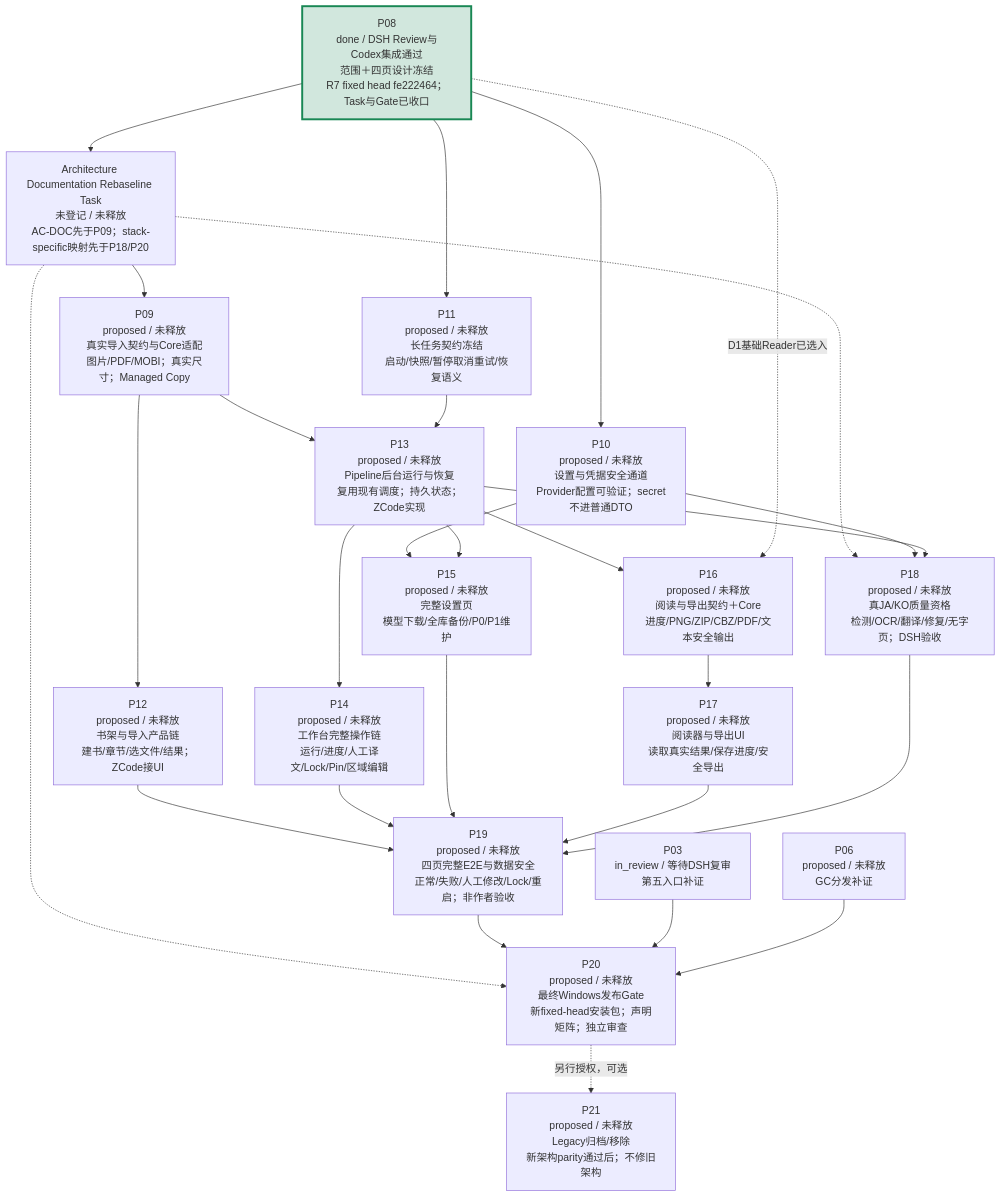
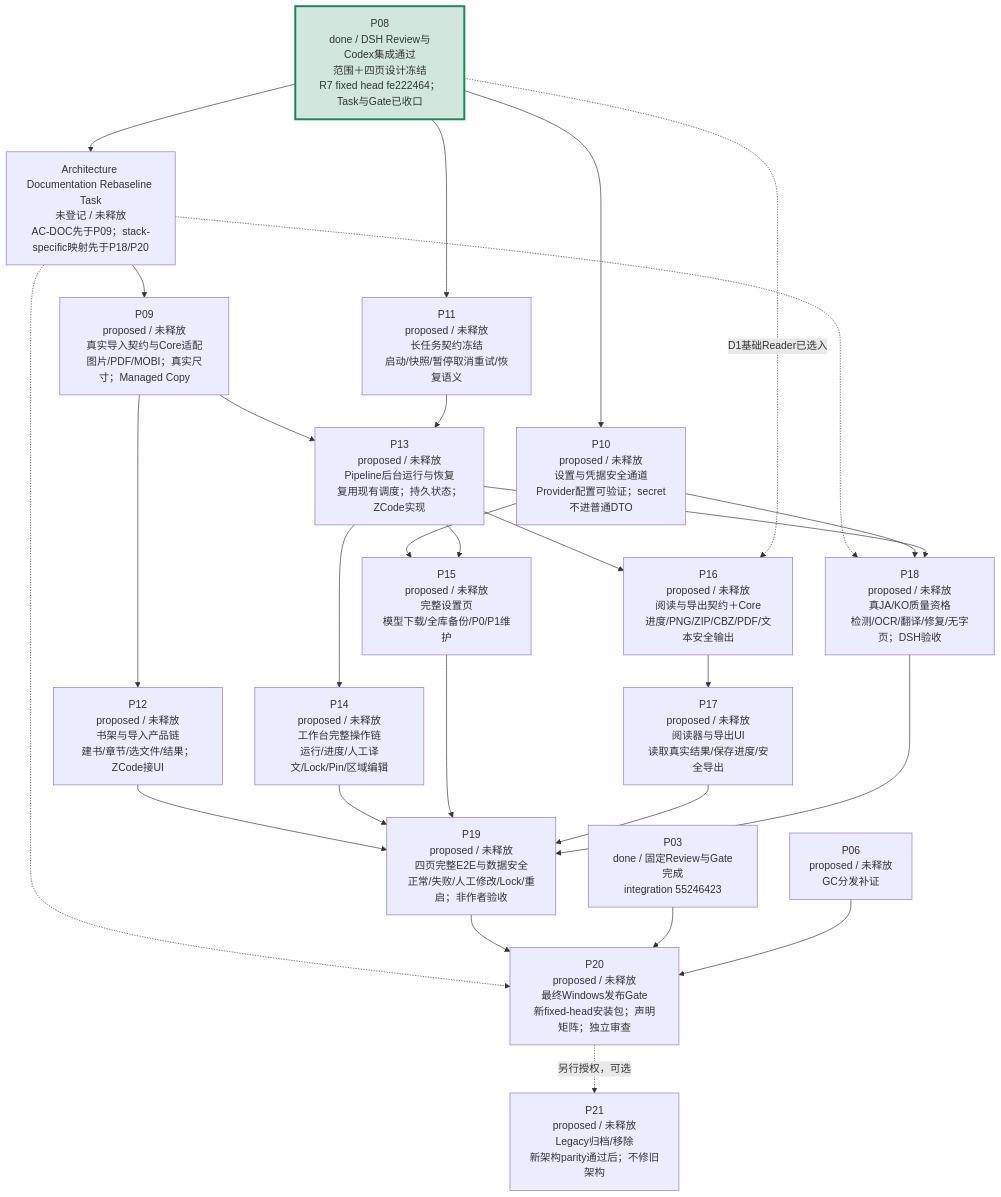
Before and after one commit to peakwheat-pixel/New-Manga: the third of 4 diagrams in verification/PROJECT-ROADMAP-20261008/ROADMAP.md, drawn with Mermaid. The commit also changed other lines of this file and 11 other files, not shown here.

````diff
--- a/verification/PROJECT-ROADMAP-20261008/ROADMAP.md
+++ b/verification/PROJECT-ROADMAP-20261008/ROADMAP.md
@@ -47,30 +48,30 @@
 ```mermaid
 flowchart TB
   P08["P08<br/>done / DSH Review与Codex集成通过<br/>范围＋四页设计冻结<br/>R7 fixed head fe222464；Task与Gate已收口"] --> ARCHDOC["Architecture Documentation Rebaseline Task<br/>未登记 / 未释放<br/>AC-DOC先于P09；stack-specific映射先于P18/P20"]
   ARCHDOC --> P09["P09<br/>proposed / 未释放<br/>真实导入契约与Core适配<br/>图片/PDF/MOBI；真实尺寸；Managed Copy"]
   ARCHDOC -.-> P18
   ARCHDOC -.-> P20
   P08 --> P10["P10<br/>proposed / 未释放<br/>设置与凭据安全通道<br/>Provider配置可验证；secret不进普通DTO"]
   P08 --> P11["P11<br/>proposed / 未释放<br/>长任务契约冻结<br/>启动/快照/暂停取消重试/恢复语义"]
   P09 --> P12["P12<br/>proposed / 未释放<br/>书架与导入产品链<br/>建书/章节/选文件/结果；ZCode接UI"]
   P09 --> P13["P13<br/>proposed / 未释放<br/>Pipeline后台运行与恢复<br/>复用现有调度；持久状态；ZCode实现"]
   P11 --> P13
   P13 --> P14["P14<br/>proposed / 未释放<br/>工作台完整操作链<br/>运行/进度/人工译文/Lock/Pin/区域编辑"]
   P10 --> P15["P15<br/>proposed / 未释放<br/>完整设置页<br/>模型下载/全库备份/P0/P1维护"]
   P13 --> P15
   P13 --> P16["P16<br/>proposed / 未释放<br/>阅读与导出契约＋Core<br/>进度/PNG/ZIP/CBZ/PDF/文本安全输出"]
   P08 -. "D1基础Reader已选入" .-> P16
   P16 --> P17["P17<br/>proposed / 未释放<br/>阅读器与导出UI<br/>读取真实结果/保存进度/安全导出"]
   P10 --> P18["P18<br/>proposed / 未释放<br/>真JA/KO质量资格<br/>检测/OCR/翻译/修复/无字页；DSH验收"]
   P13 --> P18
   P12 --> P19["P19<br/>proposed / 未释放<br/>四页完整E2E与数据安全<br/>正常/失败/人工修改/Lock/重启；非作者验收"]
   P14 --> P19
   P15 --> P19
   P17 --> P19
   P18 --> P19
   P19 --> P20["P20<br/>proposed / 未释放<br/>最终Windows发布Gate<br/>新fixed-head安装包；声明矩阵；独立审查"]
-  P03["P03<br/>in_review / 等待DSH复审<br/>第五入口补证"] --> P20
+  P03["P03<br/>done / 固定Review与Gate完成<br/>integration 55246423"] --> P20
   P06["P06<br/>proposed / 未释放<br/>GC分发补证"] --> P20
   P20 -. "另行授权，可选" .-> P21["P21<br/>proposed / 未释放<br/>Legacy归档/移除<br/>新架构parity通过后；不修旧架构"]
   style P08 fill:#d1e7dd,stroke:#198754,stroke-width:3px
 ```
````
